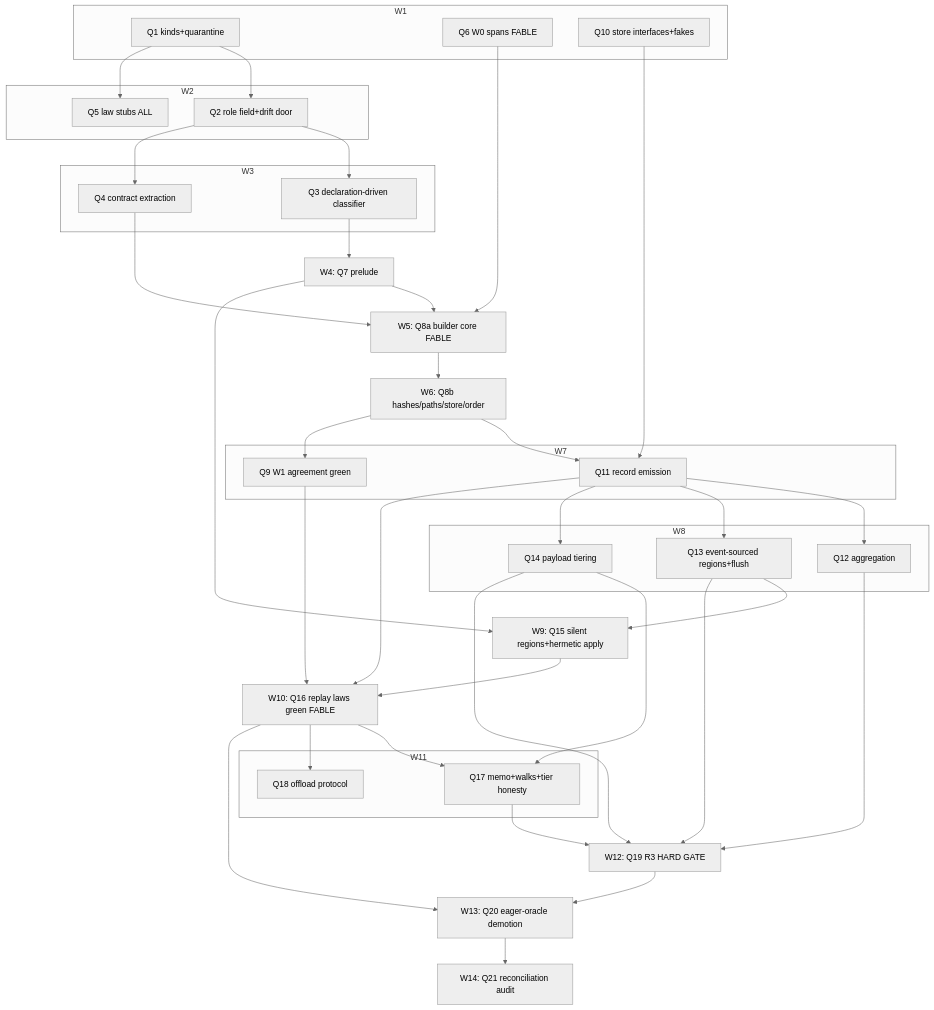
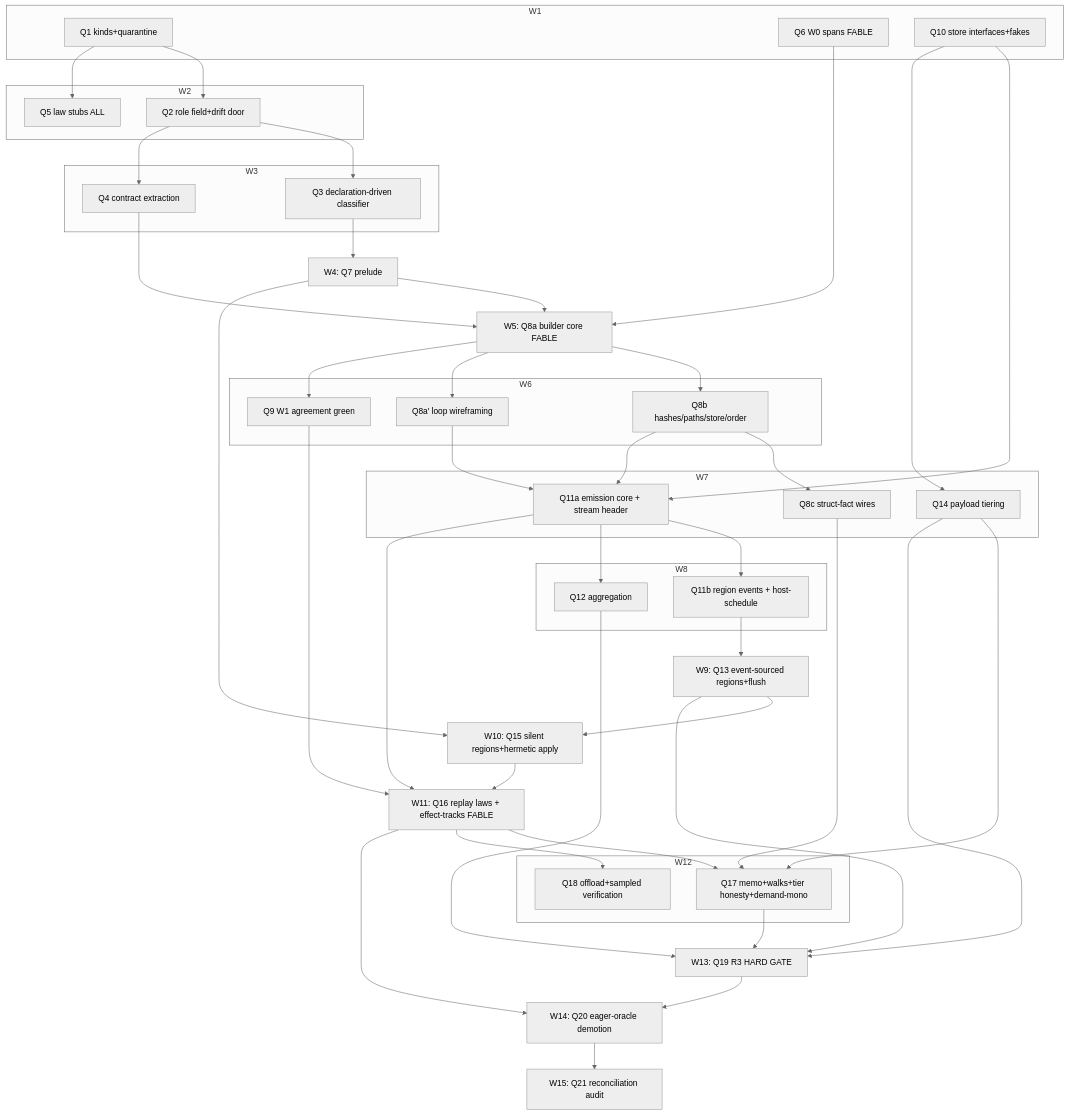
One commit to here-build/arrival changed the diagram in packages/arrival/docs/PROVENANCE-PLAN.md. Above: the diagram before and after it, drawn with Mermaid (neutral theme). The commit also changed other lines of this file and 1 other file, not shown here.

````diff
--- a/packages/arrival/docs/PROVENANCE-PLAN.md
+++ b/packages/arrival/docs/PROVENANCE-PLAN.md
@@ -205,56 +281,66 @@
 ```mermaid
 graph TD
   subgraph "W1"
     Q1[Q1 kinds+quarantine]
     Q6[Q6 W0 spans FABLE]
     Q10[Q10 store interfaces+fakes]
   end
   subgraph "W2"
     Q2[Q2 role field+drift door]
     Q5[Q5 law stubs ALL]
   end
   subgraph "W3"
     Q3[Q3 declaration-driven classifier]
     Q4[Q4 contract extraction]
   end
   Q7[W4: Q7 prelude]
   Q8a[W5: Q8a builder core FABLE]
-  Q8b[W6: Q8b hashes/paths/store/order]
+  subgraph "W6"
+    Q8b[Q8b hashes/paths/store/order]
+    Q8ap[Q8a′ loop wireframing]
+    Q9[Q9 W1 agreement green]
+  end
   subgraph "W7"
-    Q9[Q9 W1 agreement green]
-    Q11[Q11 record emission]
+    Q8c[Q8c struct-fact wires]
+    Q11a[Q11a emission core + stream header]
+    Q14[Q14 payload tiering]
   end
   subgraph "W8"
+    Q11b[Q11b region events + host-schedule]
     Q12[Q12 aggregation]
-    Q13[Q13 event-sourced regions+flush]
-    Q14[Q14 payload tiering]
   end
-  Q15[W9: Q15 silent regions+hermetic apply]
-  Q16[W10: Q16 replay laws green FABLE]
-  subgraph "W11"
-    Q17[Q17 memo+walks+tier honesty]
-    Q18[Q18 offload protocol]
+  Q13[W9: Q13 event-sourced regions+flush]
+  Q15[W10: Q15 silent regions+hermetic apply]
+  Q16[W11: Q16 replay laws + effect-tracks FABLE]
+  subgraph "W12"
+    Q17[Q17 memo+walks+tier honesty+demand-mono]
+    Q18[Q18 offload+sampled verification]
   end
-  Q19[W12: Q19 R3 HARD GATE]
-  Q20[W13: Q20 eager-oracle demotion]
-  Q21[W14: Q21 reconciliation audit]
+  Q19[W13: Q19 R3 HARD GATE]
+  Q20[W14: Q20 eager-oracle demotion]
+  Q21[W15: Q21 reconciliation audit]
 
-  Q1 --> Q2 --> Q3 --> Q7 --> Q8a --> Q8b --> Q11
+  Q1 --> Q2 --> Q3 --> Q7 --> Q8a
   Q1 --> Q5
-  Q2 --> Q4
-  Q4 --> Q8a
+  Q2 --> Q4 --> Q8a
   Q6 --> Q8a
-  Q10 --> Q11
-  Q8b --> Q9
-  Q11 --> Q12 & Q13 & Q14
+  Q8a --> Q8b & Q8ap & Q9
+  Q8b --> Q8c
+  Q8b --> Q11a
+  Q8ap --> Q11a
+  Q10 --> Q11a
+  Q10 --> Q14
+  Q11a --> Q11b & Q12
+  Q11b --> Q13
   Q13 --> Q15
   Q7 --> Q15
   Q9 --> Q16
-  Q11 --> Q16
+  Q11a --> Q16
   Q15 --> Q16
   Q14 --> Q17
+  Q8c --> Q17
   Q16 --> Q17 & Q18
   Q12 & Q13 & Q14 & Q17 --> Q19
   Q16 --> Q20
   Q19 --> Q20 --> Q21
 ```
````
